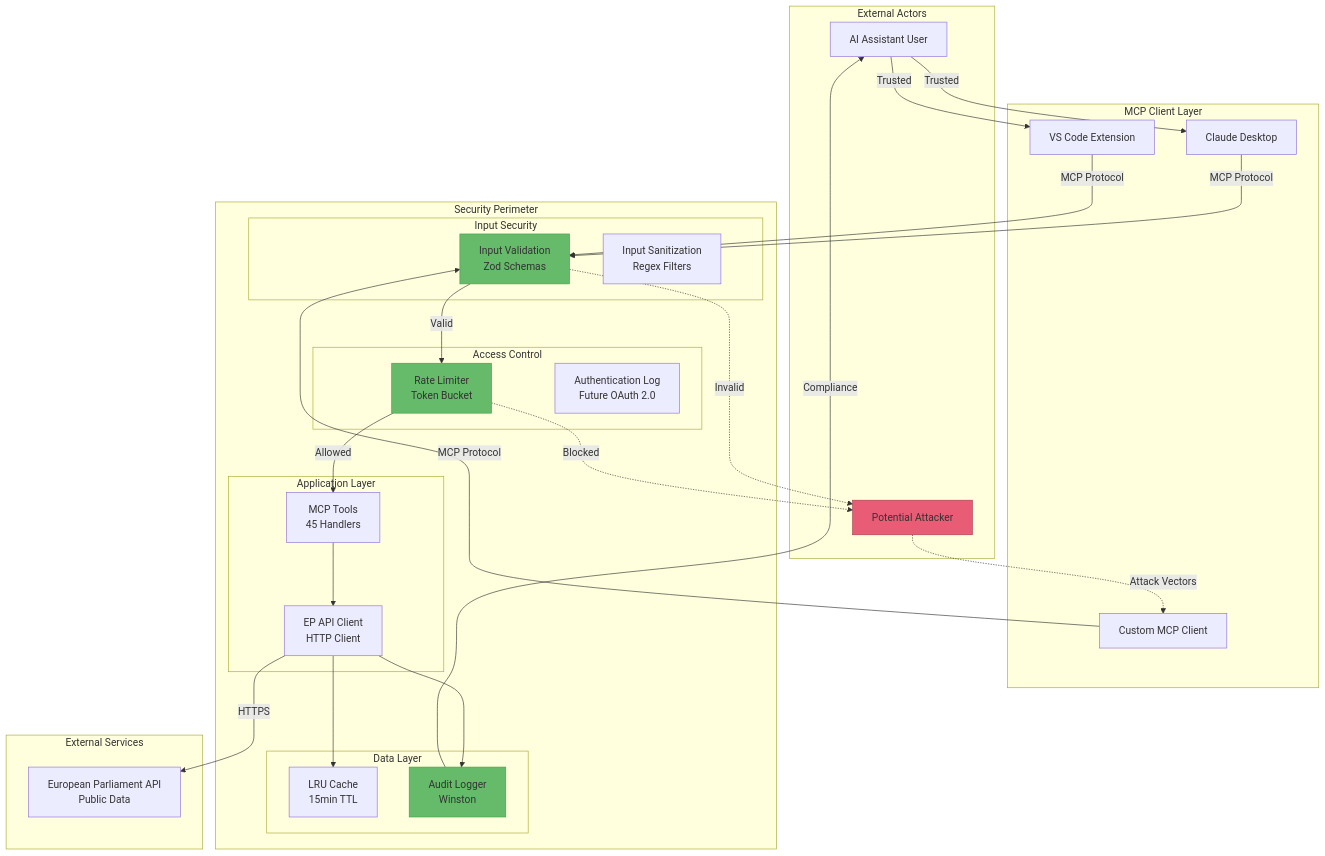
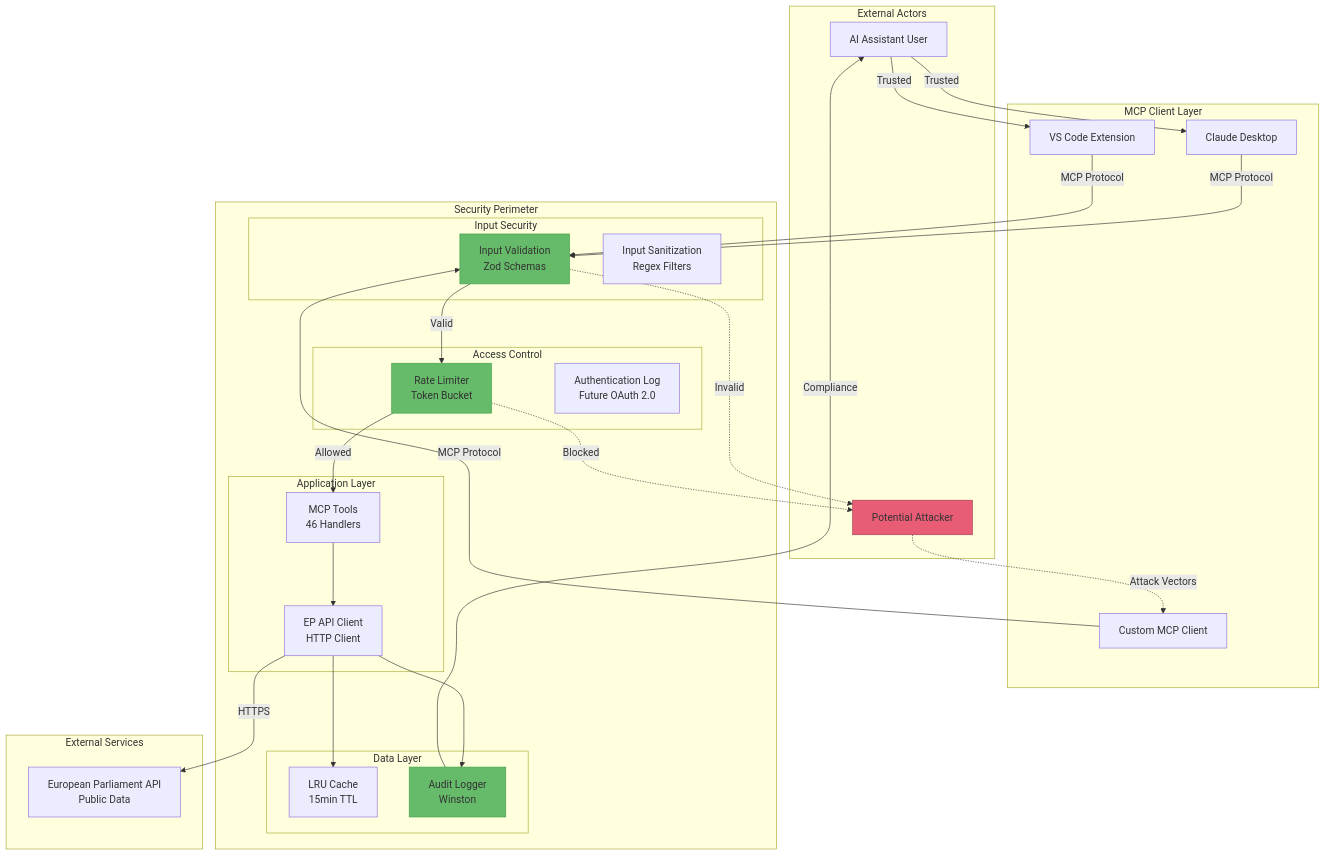
The second of 27 diagrams in docs/api/media/SECURITY_ARCHITECTURE.md (Hack23/European-Parliament-MCP-Server), drawn with Mermaid before and after one commit. The commit also changed 14 other files, not shown here.

````diff
--- a/docs/api/media/SECURITY_ARCHITECTURE.md
+++ b/docs/api/media/SECURITY_ARCHITECTURE.md
@@ -225,65 +225,65 @@
 ```mermaid
 graph TB
     subgraph "External Actors"
         USER[AI Assistant User]
         ATTACKER[Potential Attacker]
     end
     
     subgraph "MCP Client Layer"
         CLAUDE[Claude Desktop]
         VSCODE[VS Code Extension]
         CUSTOM[Custom MCP Client]
     end
     
     subgraph "Security Perimeter"
         subgraph "Input Security"
             VALIDATOR[Input Validation<br/>Zod Schemas]
             SANITIZER[Input Sanitization<br/>Regex Filters]
         end
         
         subgraph "Access Control"
             RATELIMIT[Rate Limiter<br/>Token Bucket]
             AUTHLOG[Authentication Log<br/>Future OAuth 2.0]
         end
         
         subgraph "Application Layer"
-            TOOLS[MCP Tools<br/>45 Handlers]
+            TOOLS[MCP Tools<br/>46 Handlers]
             CLIENT[EP API Client<br/>HTTP Client]
         end
         
         subgraph "Data Layer"
             CACHE[LRU Cache<br/>15min TTL]
             AUDIT[Audit Logger<br/>Winston]
         end
     end
     
     subgraph "External Services"
         EP_API[European Parliament API<br/>Public Data]
     end
     
     USER -->|Trusted| CLAUDE
     USER -->|Trusted| VSCODE
     ATTACKER -.->|Attack Vectors| CUSTOM
     
     CLAUDE -->|MCP Protocol| VALIDATOR
     VSCODE -->|MCP Protocol| VALIDATOR
     CUSTOM -->|MCP Protocol| VALIDATOR
     
     VALIDATOR -->|Valid| RATELIMIT
     VALIDATOR -.->|Invalid| ATTACKER
     
     RATELIMIT -->|Allowed| TOOLS
     RATELIMIT -.->|Blocked| ATTACKER
     
     TOOLS --> CLIENT
     CLIENT --> CACHE
     CLIENT --> AUDIT
     CLIENT -->|HTTPS| EP_API
     
     AUDIT -->|Compliance| USER
     
     style VALIDATOR fill:#66BB6A,stroke:#43A047
     style RATELIMIT fill:#66BB6A,stroke:#43A047
     style AUDIT fill:#66BB6A,stroke:#43A047
     style ATTACKER fill:#E85D75,stroke:#A53F52
 ```
````
